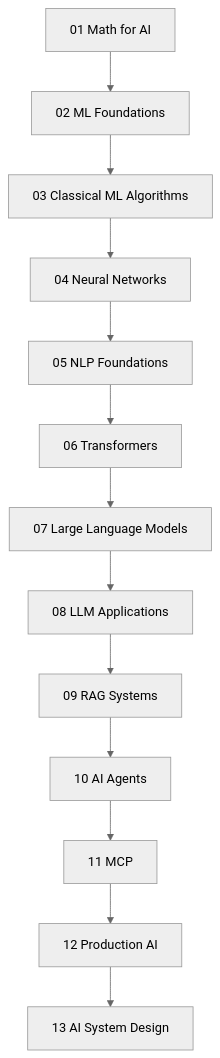
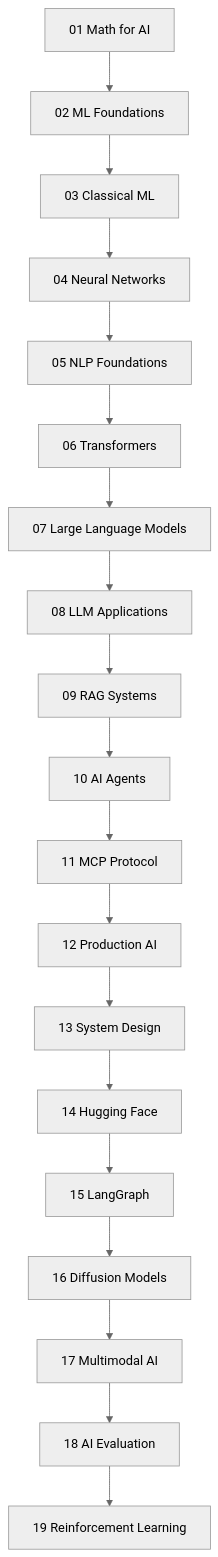
The diagram in 00_Learning_Guide/Readme.md (ReddyBytes/AI-ENGINEERS-ATLAS), drawn with Mermaid (neutral theme) before and after one commit. The commit also changed other lines of this file and 415 other files, not shown here.

````diff
--- a/00_Learning_Guide/Readme.md
+++ b/00_Learning_Guide/Readme.md
@@ -28,15 +39,21 @@
 ```mermaid
 flowchart TD
     A[01 Math for AI] --> B[02 ML Foundations]
-    B --> C[03 Classical ML Algorithms]
+    B --> C[03 Classical ML]
     C --> D[04 Neural Networks]
     D --> E[05 NLP Foundations]
     E --> F[06 Transformers]
     F --> G[07 Large Language Models]
     G --> H[08 LLM Applications]
     H --> I[09 RAG Systems]
     I --> J[10 AI Agents]
-    J --> K[11 MCP]
+    J --> K[11 MCP Protocol]
     K --> L[12 Production AI]
-    L --> M[13 AI System Design]
+    L --> M[13 System Design]
+    M --> N[14 Hugging Face]
+    N --> O[15 LangGraph]
+    O --> P[16 Diffusion Models]
+    P --> Q[17 Multimodal AI]
+    Q --> R[18 AI Evaluation]
+    R --> S[19 Reinforcement Learning]
 ```
````
